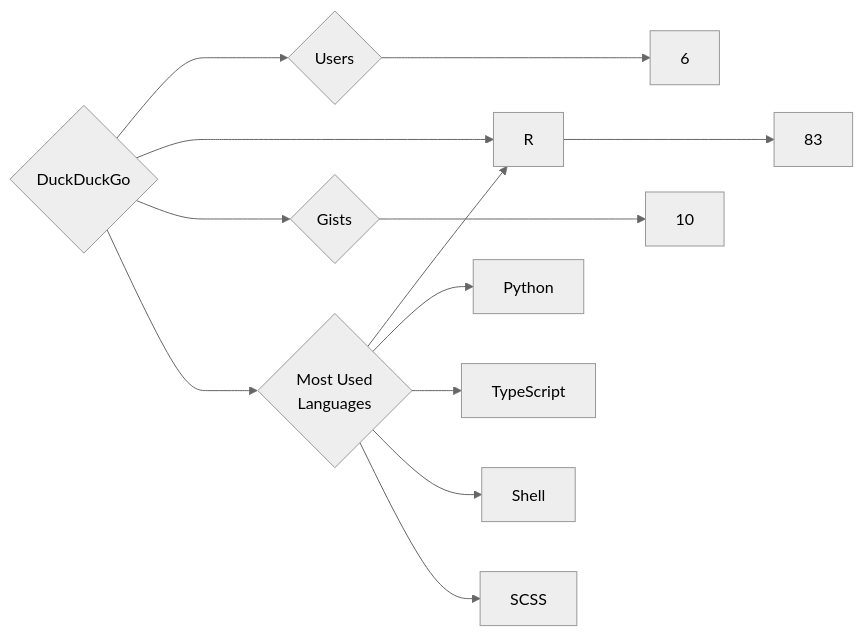
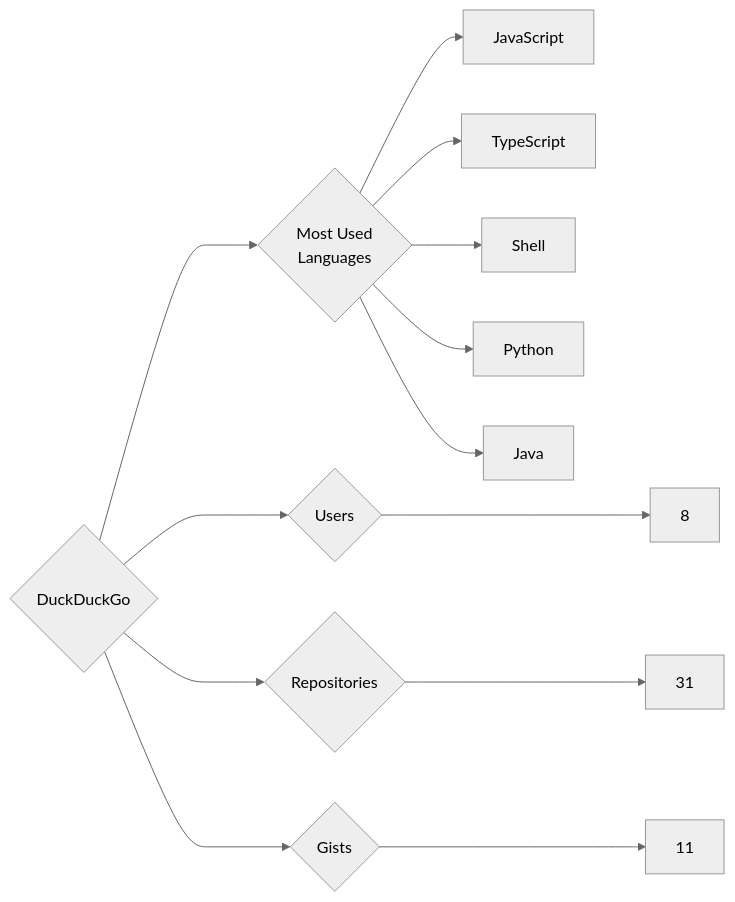
Before and after one commit to trickest/insiders: the diagram in targets/DuckDuckGo/README.md, drawn with Mermaid (neutral theme). The commit also changed 1092 other files, not shown here.

````diff
--- a/targets/DuckDuckGo/README.md
+++ b/targets/DuckDuckGo/README.md
@@ -3,13 +3,13 @@
 ```mermaid
 graph LR
 COMPANY_NAME{DuckDuckGo}
-COMPANY_NAME ---> U{Users} ---> UN[6]
-COMPANY_NAME ---> R{Repositories} ---> RN[83]
-COMPANY_NAME ---> G{Gists} ---> GN[10]
+COMPANY_NAME ---> U{Users} ---> UN[8]
+COMPANY_NAME ---> R{Repositories} ---> RN[31]
+COMPANY_NAME ---> G{Gists} ---> GN[11]
 COMPANY_NAME ---> ML{Most Used<br>Languages}
-ML --> R[R]
-ML --> Python[Python]
+ML --> JavaScript[JavaScript]
 ML --> TypeScript[TypeScript]
 ML --> Shell[Shell]
-ML --> SCSS[SCSS]
+ML --> Python[Python]
+ML --> Java[Java]
 ```
````
